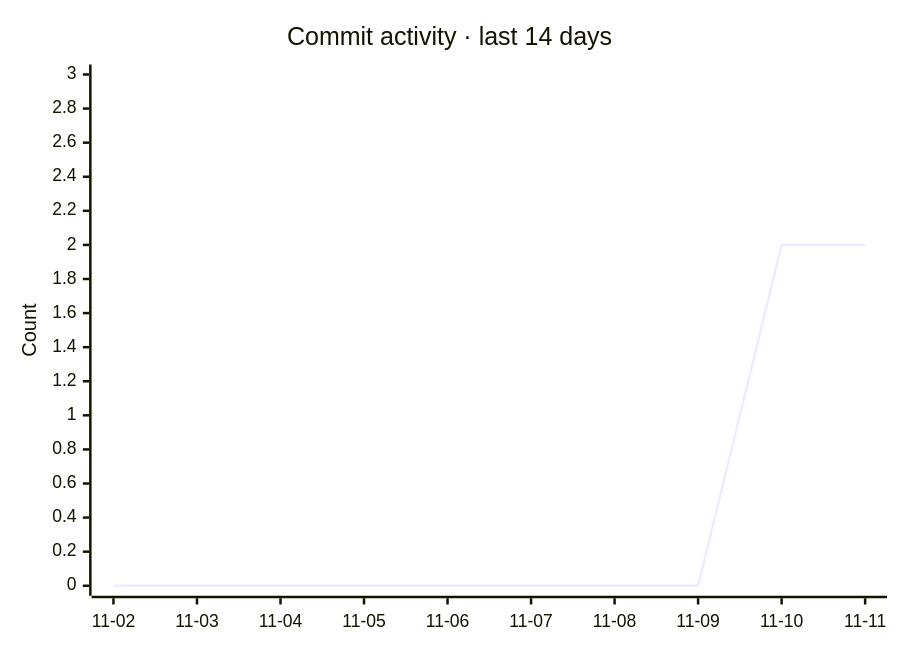
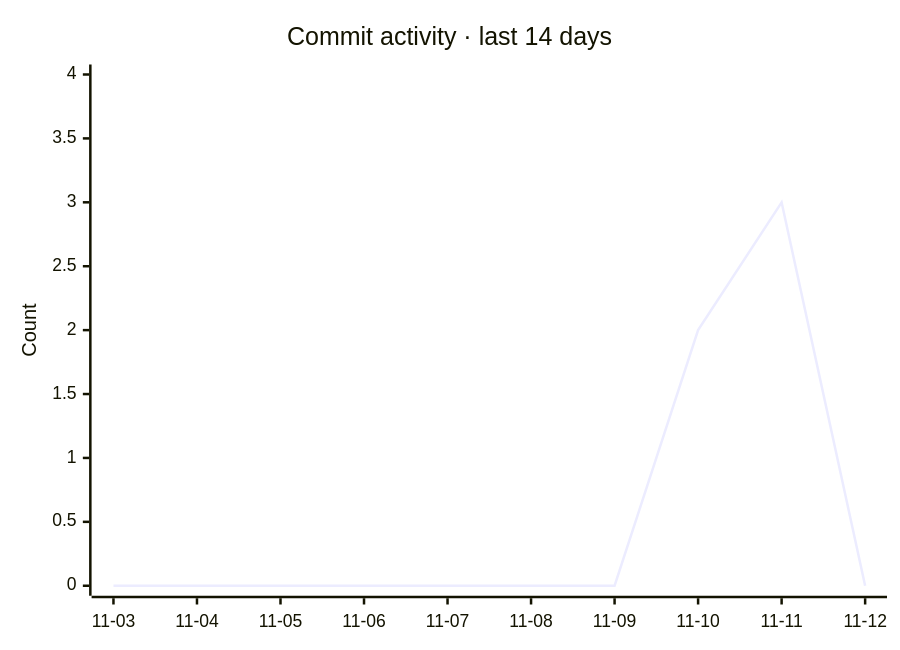
One commit to razzaqinspires/whiskay-bot changed the second of 2 diagrams in README.md. Above: the diagram before and after it, drawn with Mermaid. The commit also changed other lines of this file and 2 other files, not shown here.

Commit message:
chore(metrics): refresh GitHub traffic and update timestamp [skip ci]

````diff
--- a/README.md
+++ b/README.md
@@ -329,7 +329,7 @@
 ```mermaid
 xychart-beta
     title "Commit activity · last 14 days"
-    x-axis ["11-02", "11-03", "11-04", "11-05", "11-06", "11-07", "11-08", "11-09", "11-10", "11-11"]
-    y-axis "Count" 0 --> 3
-    line [0, 0, 0, 0, 0, 0, 0, 0, 2, 2]
+    x-axis ["11-03", "11-04", "11-05", "11-06", "11-07", "11-08", "11-09", "11-10", "11-11", "11-12"]
+    y-axis "Count" 0 --> 4
+    line [0, 0, 0, 0, 0, 0, 0, 2, 3, 0]
 ```
````
